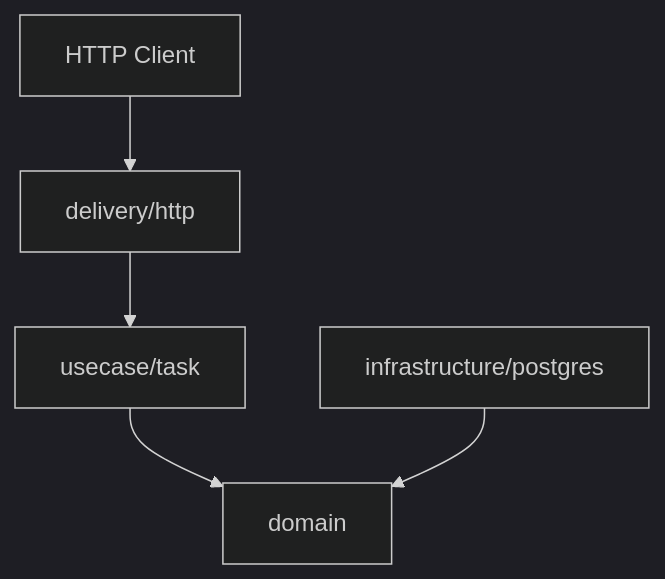
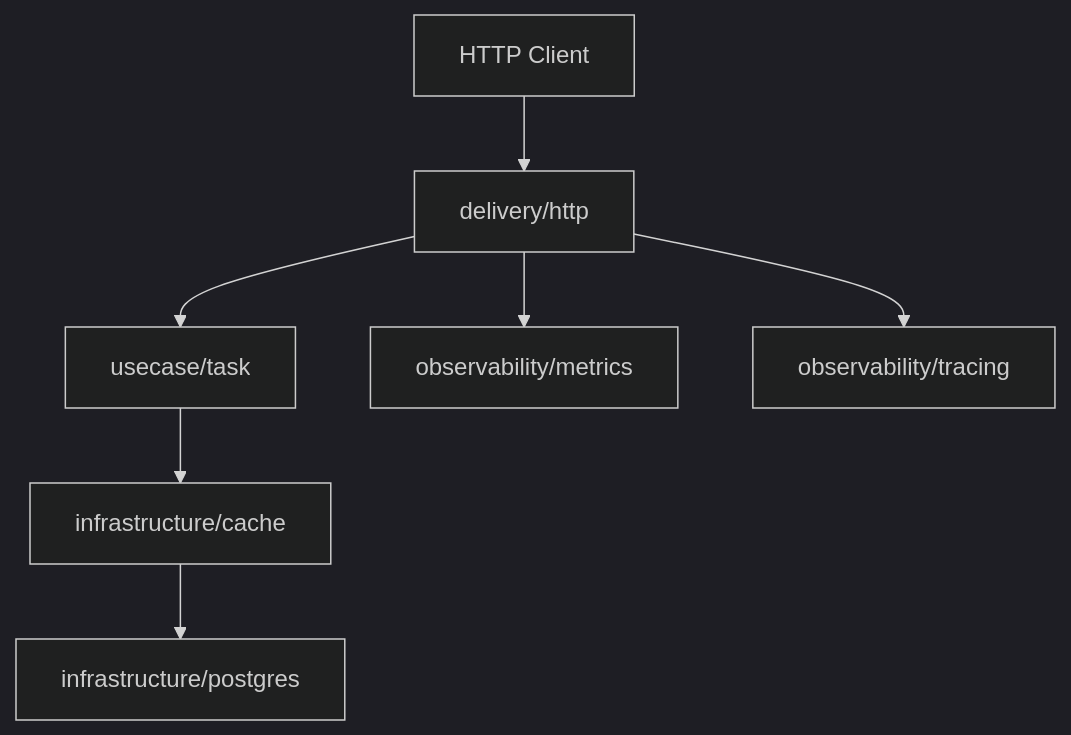
The diagram in README.md (MahdiFirouz2002/golang-todo-service), drawn with Mermaid (dark theme) before and after one commit. The commit also changed other lines of this file and 8 other files, not shown here.

````diff
--- a/README.md
+++ b/README.md
@@ -21,7 +22,9 @@
 ```mermaid
 flowchart TB
   Client[HTTP Client] --> Delivery[delivery/http]
   Delivery --> UseCase[usecase/task]
-  UseCase --> Domain[domain]
-  Postgres[infrastructure/postgres] --> Domain
+  UseCase --> Cache[infrastructure/cache]
+  Cache --> Postgres[infrastructure/postgres]
+  Delivery --> Metrics[observability/metrics]
+  Delivery --> Tracing[observability/tracing]
 ```
````
